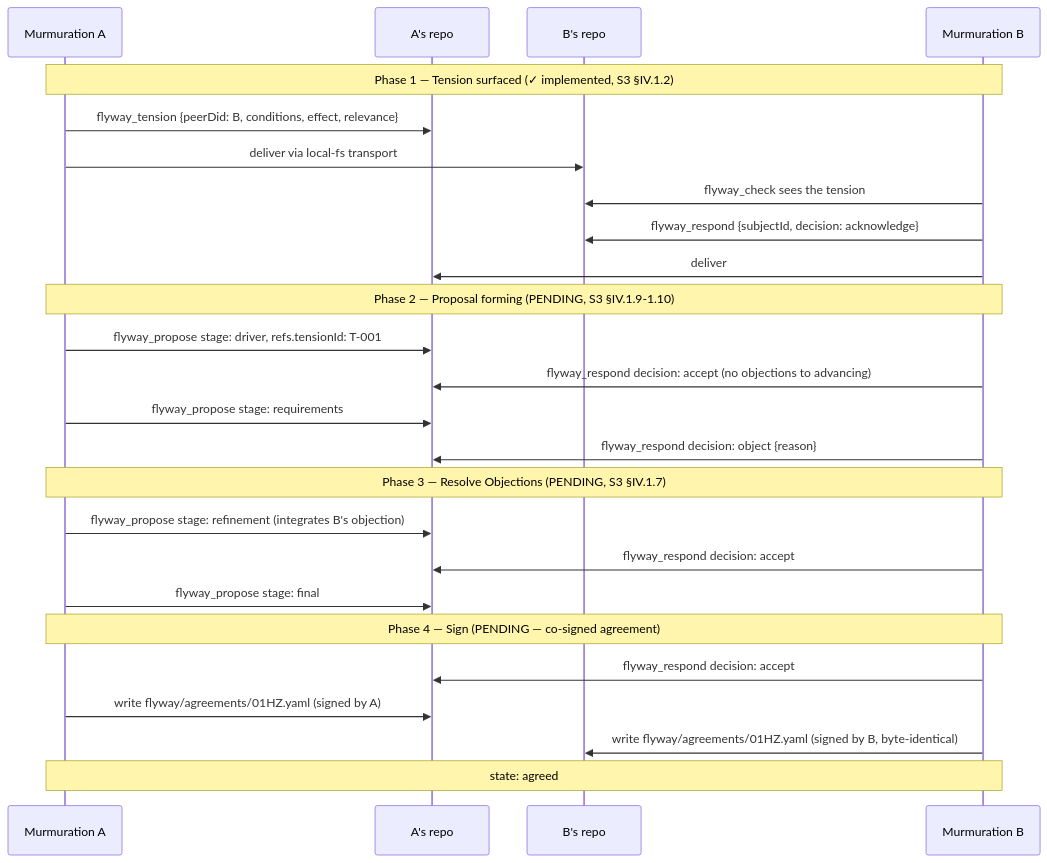
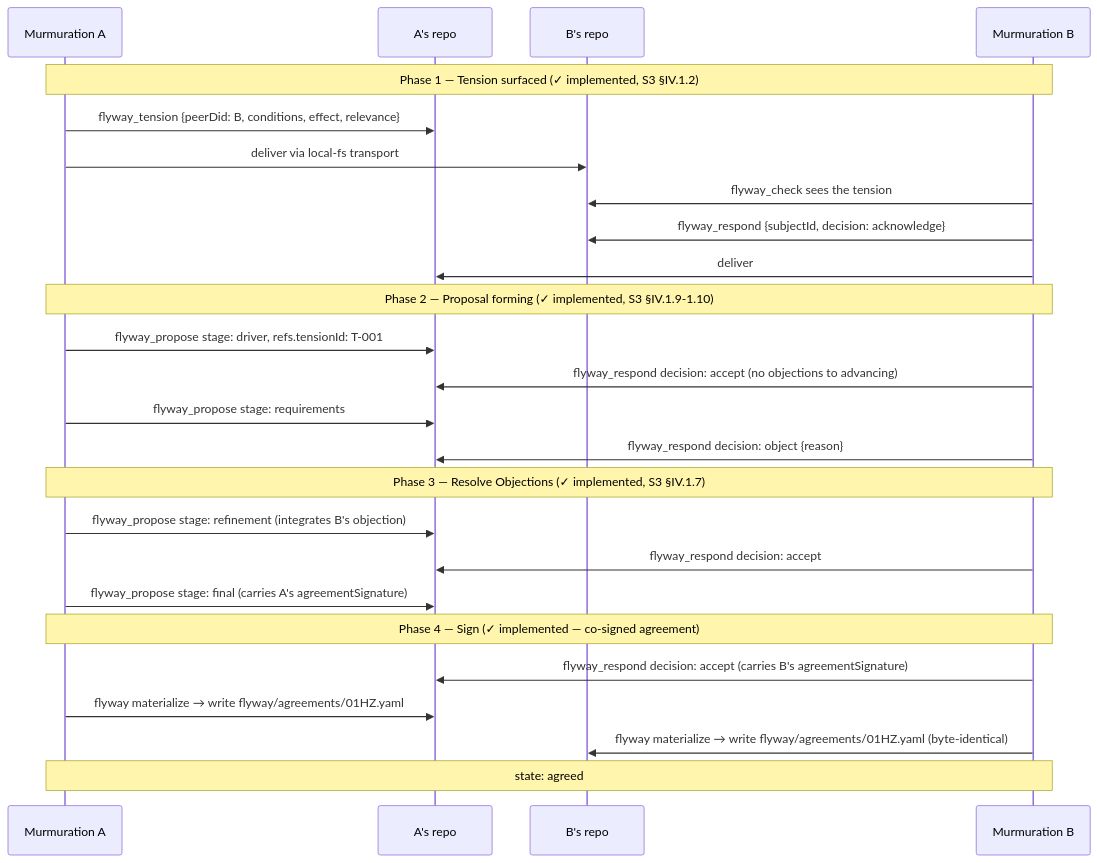
One commit to murmurations-ai/flyway changed the eighth of 13 diagrams in docs/architecture/how-flyway-works.md. Above: the diagram before and after it, drawn with Mermaid. The commit also changed other lines of this file and 3 other files, not shown here.

````diff
--- a/docs/architecture/how-flyway-works.md
+++ b/docs/architecture/how-flyway-works.md
@@ -399,30 +407,30 @@
 ```mermaid
 sequenceDiagram
   participant A as Murmuration A
   participant ARepo as A's repo
   participant BRepo as B's repo
   participant B as Murmuration B
 
   Note over A,B: Phase 1 — Tension surfaced (✓ implemented, S3 §IV.1.2)
   A->>ARepo: flyway_tension {peerDid: B, conditions, effect, relevance}
   A->>BRepo: deliver via local-fs transport
   B->>BRepo: flyway_check sees the tension
   B->>BRepo: flyway_respond {subjectId, decision: acknowledge}
   B->>ARepo: deliver
 
-  Note over A,B: Phase 2 — Proposal forming (PENDING, S3 §IV.1.9-1.10)
+  Note over A,B: Phase 2 — Proposal forming (✓ implemented, S3 §IV.1.9-1.10)
   A->>ARepo: flyway_propose stage: driver, refs.tensionId: T-001
   B->>ARepo: flyway_respond decision: accept (no objections to advancing)
   A->>ARepo: flyway_propose stage: requirements
   B->>ARepo: flyway_respond decision: object {reason}
-  Note over A,B: Phase 3 — Resolve Objections (PENDING, S3 §IV.1.7)
+  Note over A,B: Phase 3 — Resolve Objections (✓ implemented, S3 §IV.1.7)
   A->>ARepo: flyway_propose stage: refinement (integrates B's objection)
   B->>ARepo: flyway_respond decision: accept
-  A->>ARepo: flyway_propose stage: final
+  A->>ARepo: flyway_propose stage: final (carries A's agreementSignature)
 
-  Note over A,B: Phase 4 — Sign (PENDING — co-signed agreement)
-  B->>ARepo: flyway_respond decision: accept
-  A->>ARepo: write flyway/agreements/01HZ.yaml (signed by A)
-  B->>BRepo: write flyway/agreements/01HZ.yaml (signed by B, byte-identical)
+  Note over A,B: Phase 4 — Sign (✓ implemented — co-signed agreement)
+  B->>ARepo: flyway_respond decision: accept (carries B's agreementSignature)
+  A->>ARepo: flyway materialize → write flyway/agreements/01HZ.yaml
+  B->>BRepo: flyway materialize → write flyway/agreements/01HZ.yaml (byte-identical)
   Note over A,B: state: agreed
 ```
````
